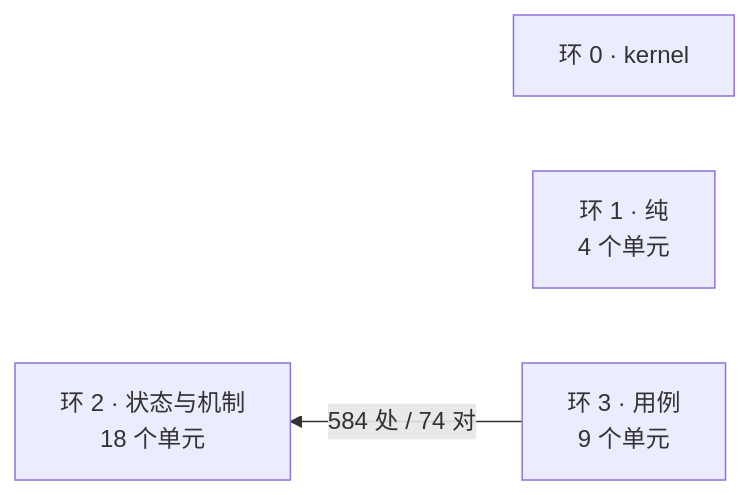
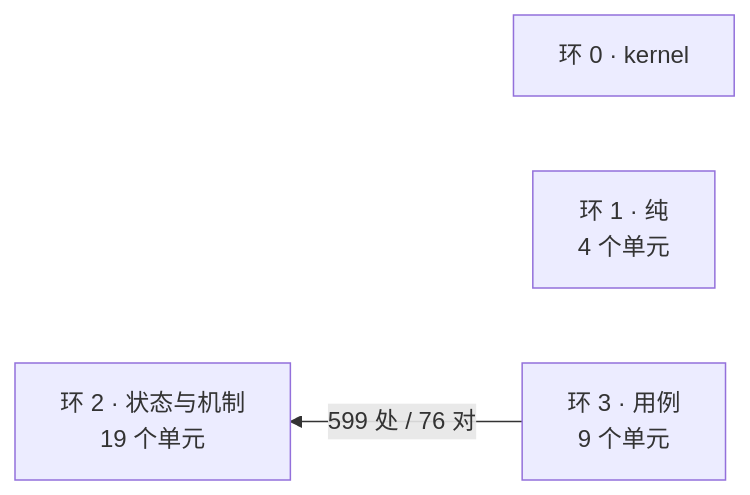
The diagram in docs/architecture/dependency-map.md (theRMM714/Solomni), drawn with Mermaid before and after one commit. The commit also changed other lines of this file and 130 other files, not shown here.

````diff
--- a/docs/architecture/dependency-map.md
+++ b/docs/architecture/dependency-map.md
@@ -14,8 +14,8 @@
 ```mermaid
 flowchart RL
   R0["环 0 · kernel"]
   R1["环 1 · 纯<br/>4 个单元"]
-  R2["环 2 · 状态与机制<br/>18 个单元"]
+  R2["环 2 · 状态与机制<br/>19 个单元"]
   R3["环 3 · 用例<br/>9 个单元"]
-  R3 -->|"584 处 / 74 对"| R2
+  R3 -->|"599 处 / 76 对"| R2
 ```
````
